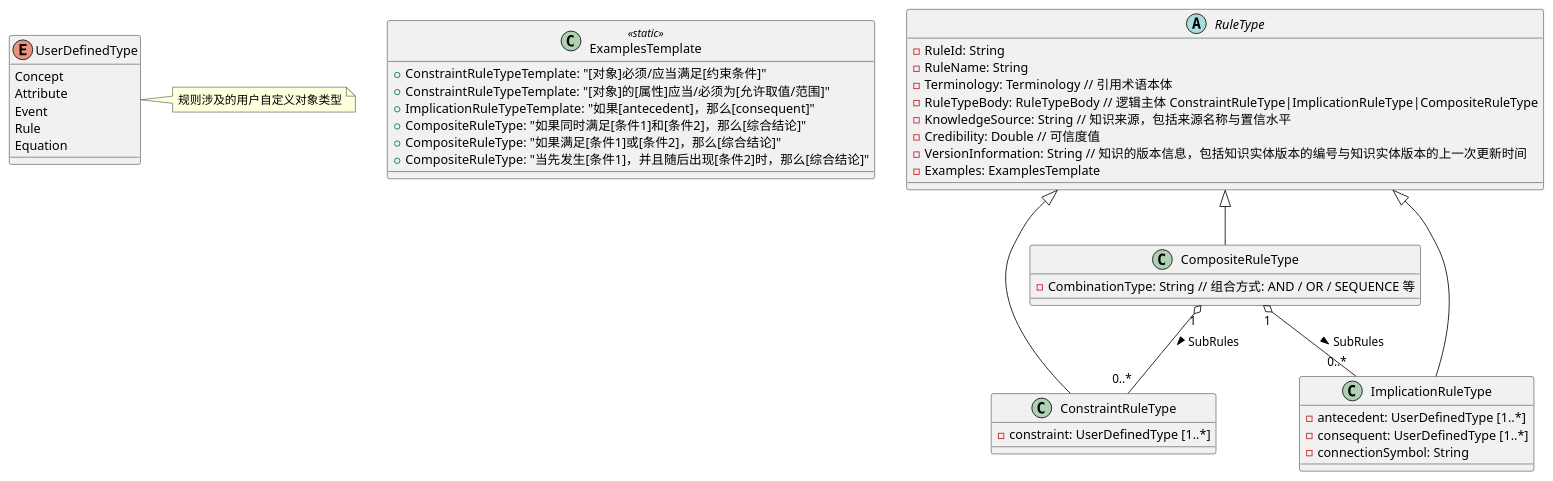
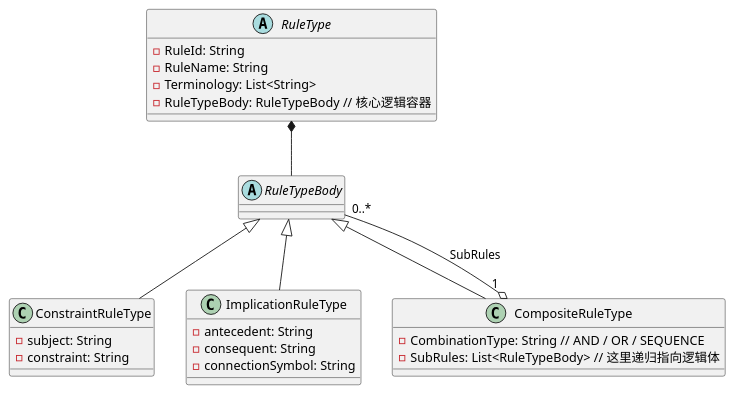
One commit to Kogler7/QASystem changed the diagram in algorithm/uie/ie/UML/RuleType.puml. Above: the diagram before and after it, drawn with PlantUML.

Commit message:
modify uml

```diff
--- a/algorithm/uie/ie/UML/RuleType.puml
+++ b/algorithm/uie/ie/UML/RuleType.puml
@@ -1,62 +1,45 @@
 @startuml
-
-' --- 枚举与模板定义 ---
-
-enum UserDefinedType {
-    Concept
-    Attribute
-    Event
-    Rule
-    Equation
-}
-
-note right of UserDefinedType: 规则涉及的用户自定义对象类型
-
-class ExamplesTemplate <<static>> {
-    + ConstraintRuleTypeTemplate: "[对象]必须/应当满足[约束条件]"
-    + ConstraintRuleTypeTemplate: "[对象]的[属性]应当/必须为[允许取值/范围]"
-    + ImplicationRuleTypeTemplate: "如果[antecedent]，那么[consequent]"
-    + CompositeRuleType: "如果同时满足[条件1]和[条件2]，那么[综合结论]"
-    + CompositeRuleType: "如果满足[条件1]或[条件2]，那么[综合结论]"
-    + CompositeRuleType: "当先发生[条件1]，并且随后出现[条件2]时，那么[综合结论]"
-}
 
 ' --- 核心类定义 ---
 
 abstract class RuleType {
     - RuleId: String
     - RuleName: String
-    - Terminology: Terminology // 引用术语本体
-    - RuleTypeBody: RuleTypeBody // 逻辑主体 ConstraintRuleType|ImplicationRuleType|CompositeRuleType
-    - KnowledgeSource: String // 知识来源，包括来源名称与置信水平
-    - Credibility: Double // 可信度值
-    - VersionInformation: String // 知识的版本信息，包括知识实体版本的编号与知识实体版本的上一次更新时间
-    - Examples: ExamplesTemplate
+    - Terminology: List<String>
+    - RuleTypeBody: RuleTypeBody // 核心逻辑容器
+}
+
+' 定义这个“容器”类，它是一个多态组合
+abstract class RuleTypeBody {
 }
 
 class ConstraintRuleType {
-    - constraint: UserDefinedType [1..*]
+    - subject: String
+    - constraint: String
 }
 
 class ImplicationRuleType {
-    - antecedent: UserDefinedType [1..*]
-    - consequent: UserDefinedType [1..*]
+    - antecedent: String
+    - consequent: String
     - connectionSymbol: String
 }
 
 class CompositeRuleType {
-    - CombinationType: String // 组合方式: AND / OR / SEQUENCE 等
+    - CombinationType: String // AND / OR / SEQUENCE
+    - SubRules: List<RuleTypeBody> // 这里递归指向逻辑体
 }
 
 ' --- 关系定义 ---
 
-' 继承关系
-RuleType <|-- ConstraintRuleType
-RuleType <|-- ImplicationRuleType
-RuleType <|-- CompositeRuleType
+' RuleType 包含一个 RuleTypeBody
+RuleType *-- RuleTypeBody
 
-' 组合/子规则关系
-CompositeRuleType "1" o-- "0..*" ConstraintRuleType : SubRules >
-CompositeRuleType "1" o-- "0..*" ImplicationRuleType : SubRules >
+' 三种具体的逻辑类型继承自 RuleTypeBody
+RuleTypeBody <|-- ConstraintRuleType
+RuleTypeBody <|-- ImplicationRuleType
+RuleTypeBody <|-- CompositeRuleType
 
-@endum
+' 复合规则递归包含多个逻辑体
+CompositeRuleType "1" o-- "0..*" RuleTypeBody : SubRules
+
+@enduml
```
